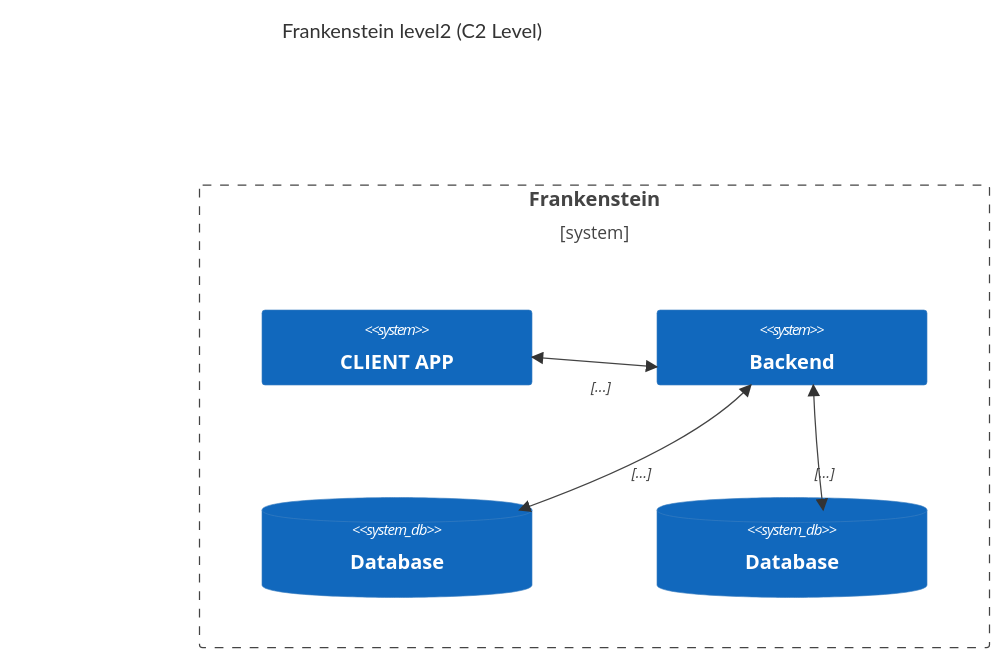
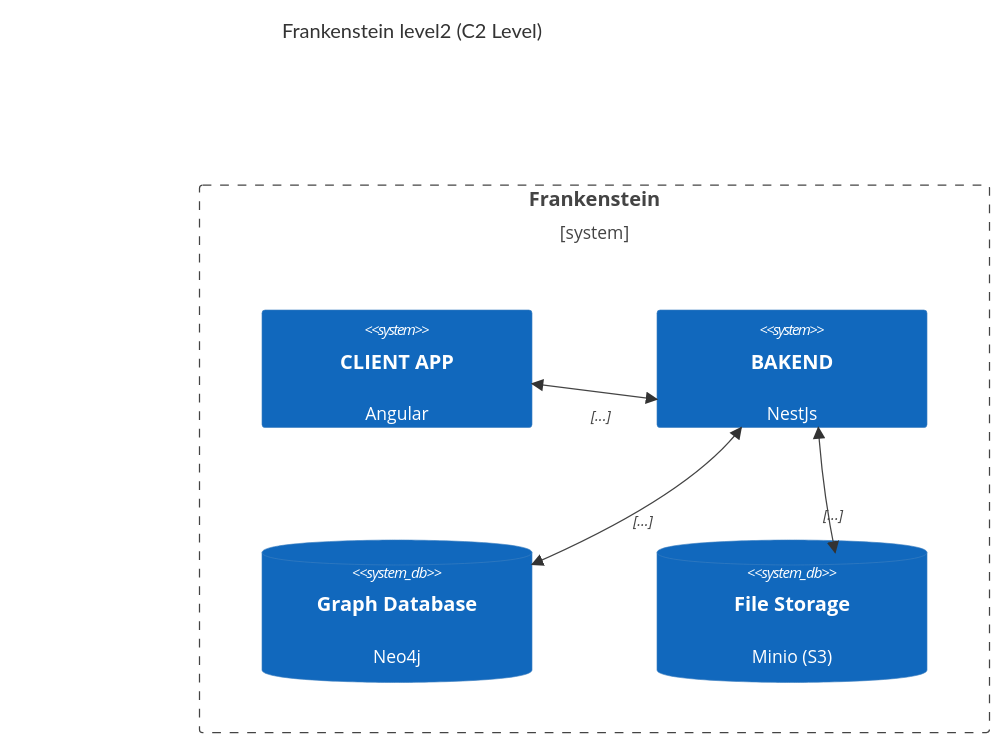
One commit to Goodzonchik/distribution-system-lern changed the diagram in docs/C4-level2.md. Above: the diagram before and after it, drawn with Mermaid.

````diff
--- a/docs/C4-level2.md
+++ b/docs/C4-level2.md
@@ -3,17 +3,17 @@
 ```mermaid
 C4Context
 
 title Frankenstein level2 (C2 Level)
 
 Boundary(system, "Frankenstein") {
-    System(web_client_app, "CLIENT APP")
-    System(backend, "Backend")
+    System(web_client_app, "CLIENT APP", "Angular")
+    System(backend, "BAKEND", "NestJs")
 
-    SystemDb(graph_database, "Database")
-    SystemDb(file_database, "Database")
+    SystemDb(graph_database, "Graph Database", "Neo4j")
+    SystemDb(file_storage, "File Storage", "Minio (S3)")
 
     BiRel(web_client_app, backend, , "...")
     BiRel(backend, graph_database, , "...")
-    BiRel(backend, file_database, , "...")
+    BiRel(backend, file_storage, , "...")
 }
 ```
````
